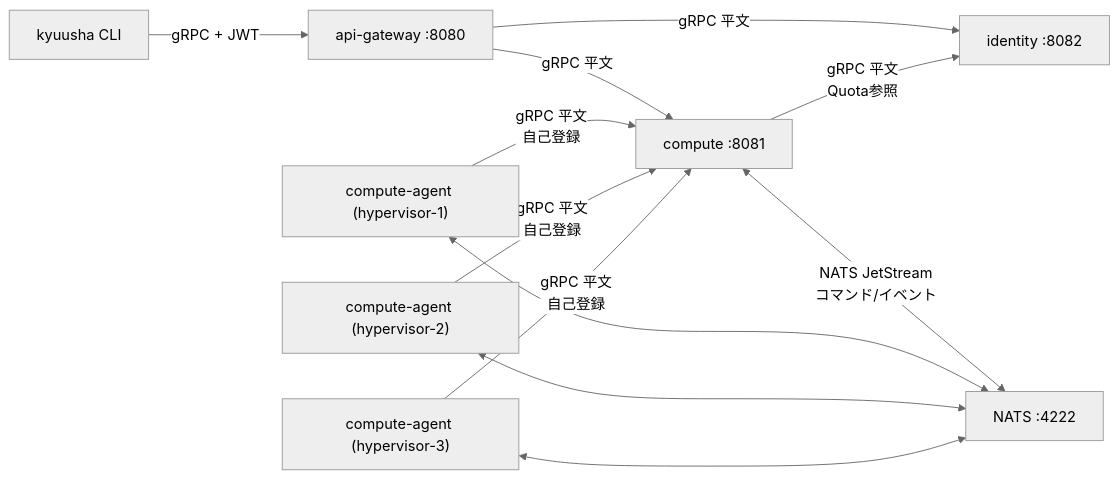
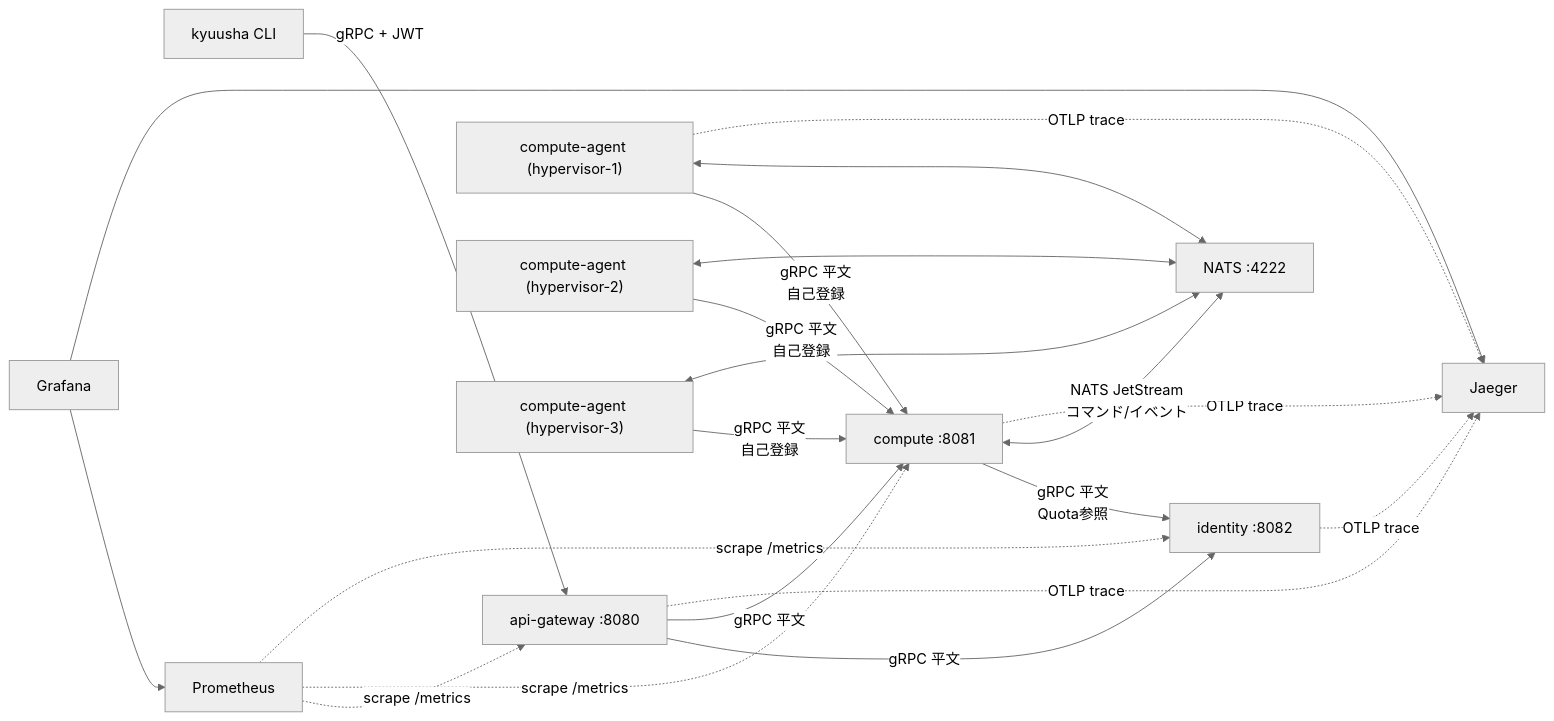
The diagram in docs/specs/system-overview.md (kiyuta1230/kyuusha), drawn with Mermaid (neutral theme) before and after one commit. The commit also changed other lines of this file and 22 other files, not shown here.

````diff
--- a/docs/specs/system-overview.md
+++ b/docs/specs/system-overview.md
@@ -18,14 +21,24 @@
 ```mermaid
 flowchart LR
     CLI["kyuusha CLI"] -->|gRPC + JWT| GW["api-gateway :8080"]
     GW -->|gRPC 平文| ID["identity :8082"]
     GW -->|gRPC 平文| CO["compute :8081"]
     CO -->|gRPC 平文\nQuota参照| ID
     CA1["compute-agent (hypervisor-1)"] -->|gRPC 平文\n自己登録| CO
     CA2["compute-agent (hypervisor-2)"] -->|gRPC 平文\n自己登録| CO
     CA3["compute-agent (hypervisor-3)"] -->|gRPC 平文\n自己登録| CO
     CO <-->|NATS JetStream\nコマンド/イベント| NATS["NATS :4222"]
     CA1 <--> NATS
     CA2 <--> NATS
     CA3 <--> NATS
+
+    GW -.->|OTLP trace| J["Jaeger"]
+    CO -.->|OTLP trace| J
+    ID -.->|OTLP trace| J
+    CA1 -.->|OTLP trace| J
+    P["Prometheus"] -.->|scrape /metrics| GW
+    P -.->|scrape /metrics| CO
+    P -.->|scrape /metrics| ID
+    Gr["Grafana"] --> P
+    Gr --> J
 ```
````
